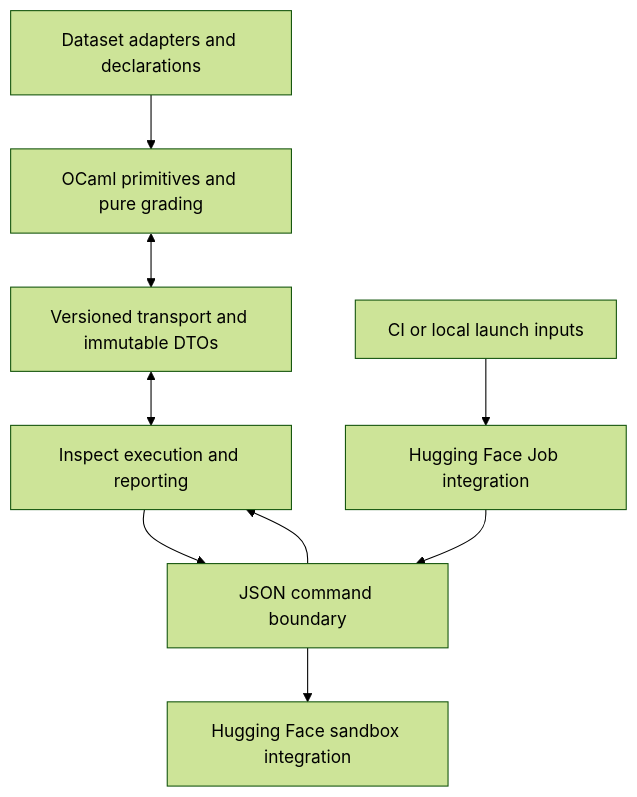
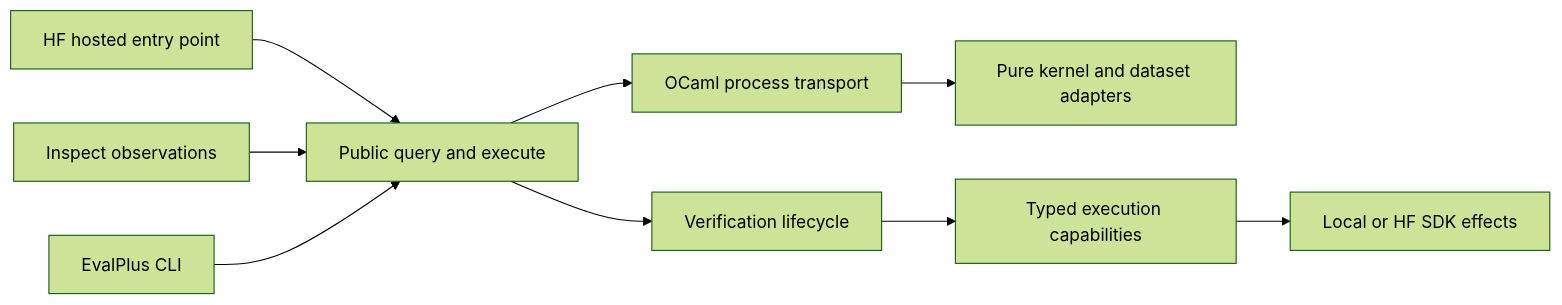
One commit to shaquan1228/genius changed the diagram in evals/README.md. Above: the diagram before and after it, drawn with Mermaid (forest theme). The commit also changed other lines of this file and 12 other files, not shown here.

````diff
--- a/evals/README.md
+++ b/evals/README.md
@@ -12,11 +13,11 @@
 ```mermaid
-flowchart TB
-  D[Dataset adapters and declarations] --> K[OCaml primitives and pure grading]
-  K <--> T[Versioned transport and immutable DTOs]
-  T <--> I[Inspect execution and reporting]
-  I --> Q[JSON command boundary]
-  Q --> H[Hugging Face sandbox integration]
-  C[CI or local launch inputs] --> J[Hugging Face Job integration]
-  J --> Q
-  Q --> I
+flowchart LR
+  J[HF hosted entry point] --> C[Public query and execute]
+  I[Inspect observations] --> C
+  E[EvalPlus CLI] --> C
+  C --> T[OCaml process transport]
+  T --> K[Pure kernel and dataset adapters]
+  C --> V[Verification lifecycle]
+  V --> P[Typed execution capabilities]
+  P --> A[Local or HF SDK effects]
 ```
````
